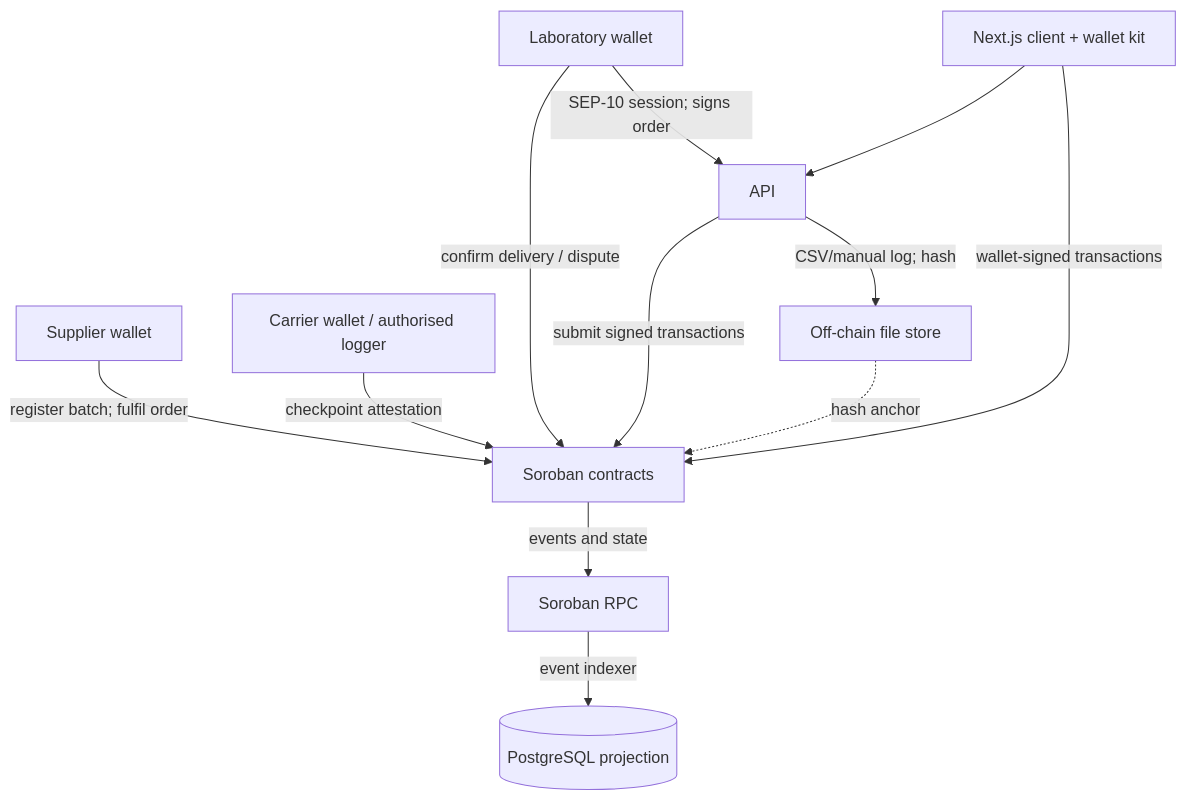
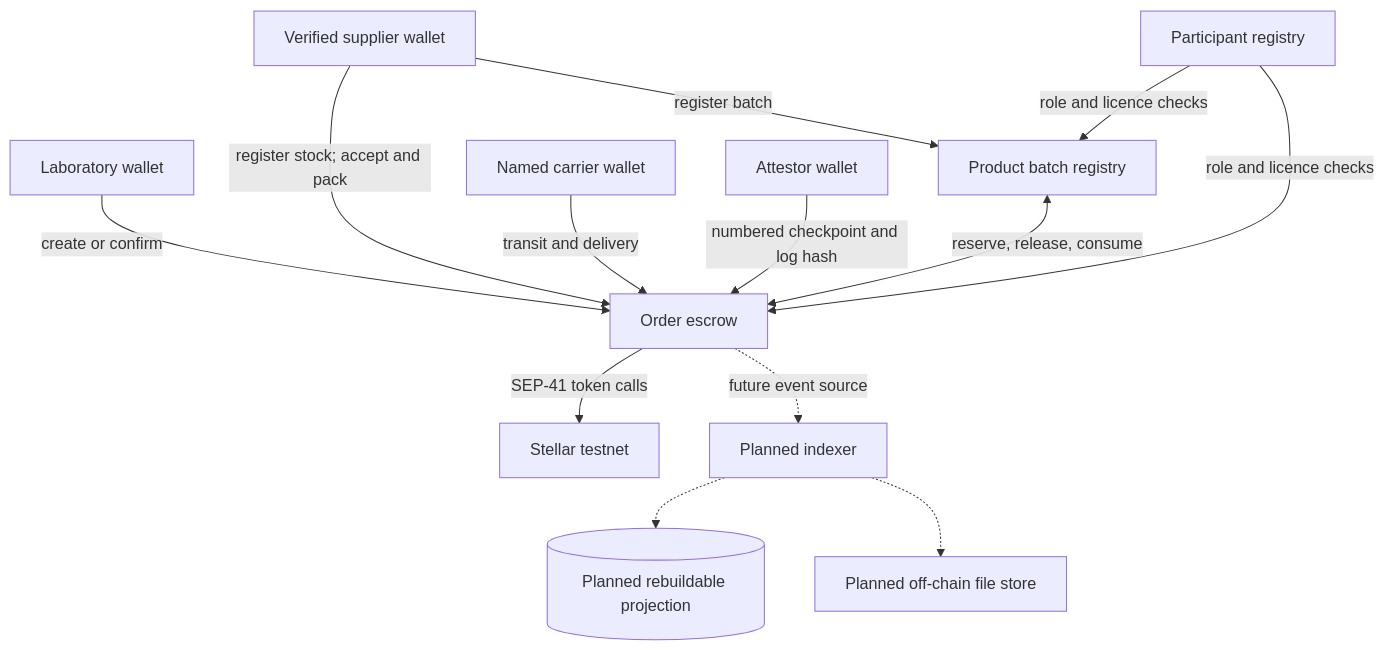
Before and after one commit to thaiwoz02/medichain-stellar: the diagram in docs/architecture.md, drawn with Mermaid. The commit also changed other lines of this file and 3 other files, not shown here.

````diff
--- a/docs/architecture.md
+++ b/docs/architecture.md
@@ -29,14 +33,15 @@
 ```mermaid
 flowchart TB
-  Lab[Laboratory wallet] -->|SEP-10 session; signs order| API[API]
-  Supplier[Supplier wallet] -->|register batch; fulfil order| Contracts[Soroban contracts]
-  Carrier[Carrier wallet / authorised logger] -->|checkpoint attestation| Contracts
-  Lab -->|confirm delivery / dispute| Contracts
-  API -->|submit signed transactions| Contracts
-  Contracts -->|events and state| RPC[Soroban RPC]
-  RPC -->|event indexer| DB[(PostgreSQL projection)]
-  API -->|CSV/manual log; hash| Store[Off-chain file store]
-  Store -.->|hash anchor| Contracts
-  Web[Next.js client + wallet kit] --> API
-  Web -->|wallet-signed transactions| Contracts
+  Lab[Laboratory wallet] -->|create or confirm| Escrow[Order escrow]
+  Supplier[Verified supplier wallet] -->|register stock; accept and pack| Escrow
+  Supplier -->|register batch| Batch[Product batch registry]
+  Carrier[Named carrier wallet] -->|transit and delivery| Escrow
+  Attestor[Attestor wallet] -->|numbered checkpoint and log hash| Escrow
+  Registry[Participant registry] -->|role and licence checks| Batch
+  Registry -->|role and licence checks| Escrow
+  Batch <-->|reserve, release, consume| Escrow
+  Escrow -->|SEP-41 token calls| Stellar[Stellar testnet]
+  Escrow -.->|future event source| Indexer[Planned indexer]
+  Indexer -.-> Projection[(Planned rebuildable projection)]
+  Indexer -.-> Files[Planned off-chain file store]
 ```
````
